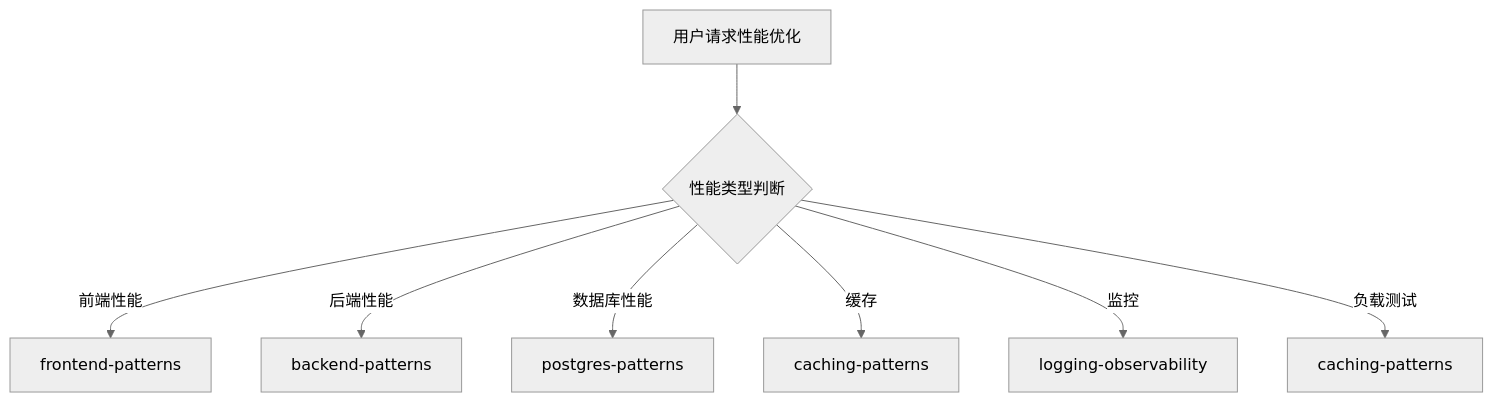
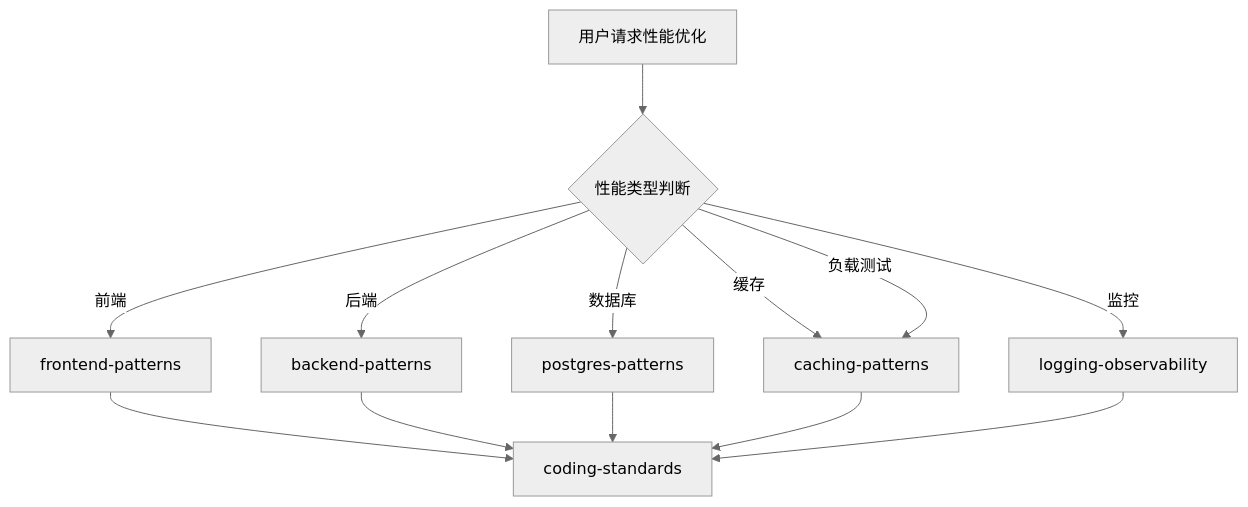
Before and after one commit to Tooooommy/Trae-Workflow: the diagram in agents/performance-team.md, drawn with Mermaid (neutral theme). The commit also changed other lines of this file and 11 other files, not shown here.

````diff
--- a/agents/performance-team.md
+++ b/agents/performance-team.md
@@ -35,10 +27,16 @@
 ```mermaid
 flowchart TD
     A[用户请求性能优化] --> B{性能类型判断}
-    B -->|前端性能| C[frontend-patterns]
-    B -->|后端性能| D[backend-patterns]
-    B -->|数据库性能| E[postgres-patterns]
+    B -->|前端| C[frontend-patterns]
+    B -->|后端| D[backend-patterns]
+    B -->|数据库| E[postgres-patterns]
     B -->|缓存| F[caching-patterns]
     B -->|监控| G[logging-observability]
-    B -->|负载测试| H[caching-patterns]
+    B -->|负载测试| F
+
+    C --> H[coding-standards]
+    D --> H
+    E --> H
+    F --> H
+    G --> H
 ```
````
